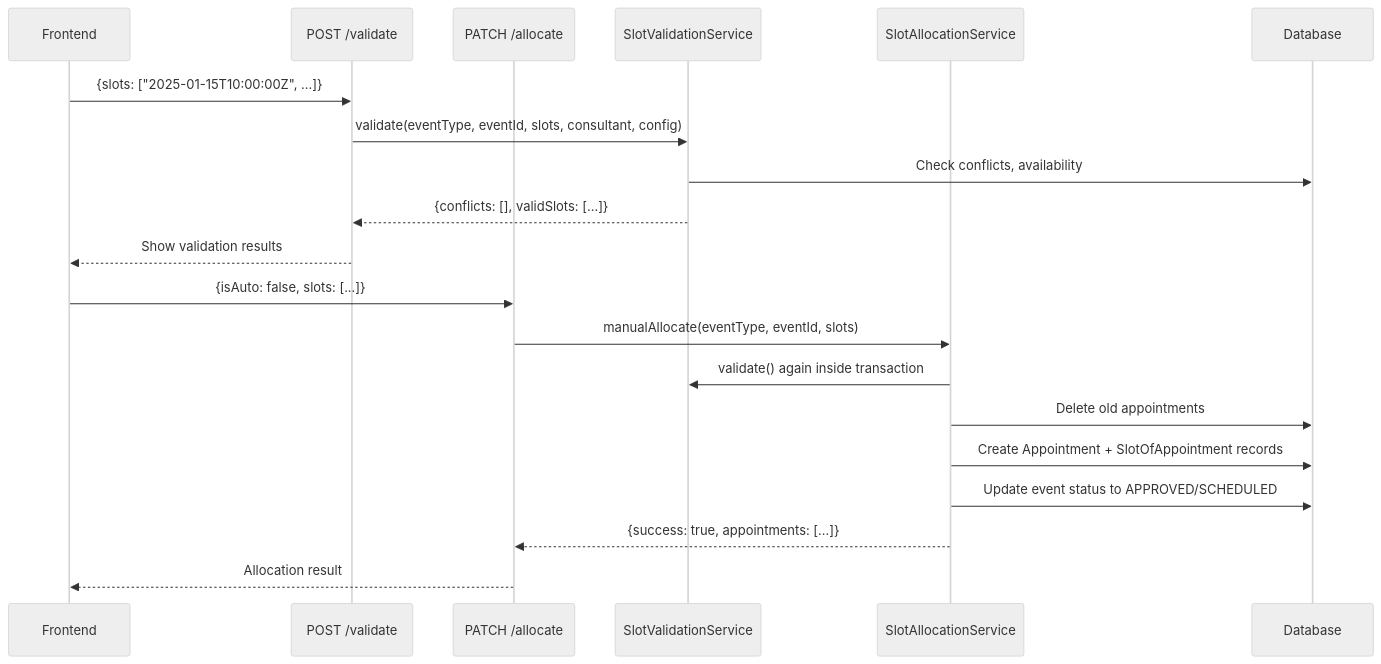
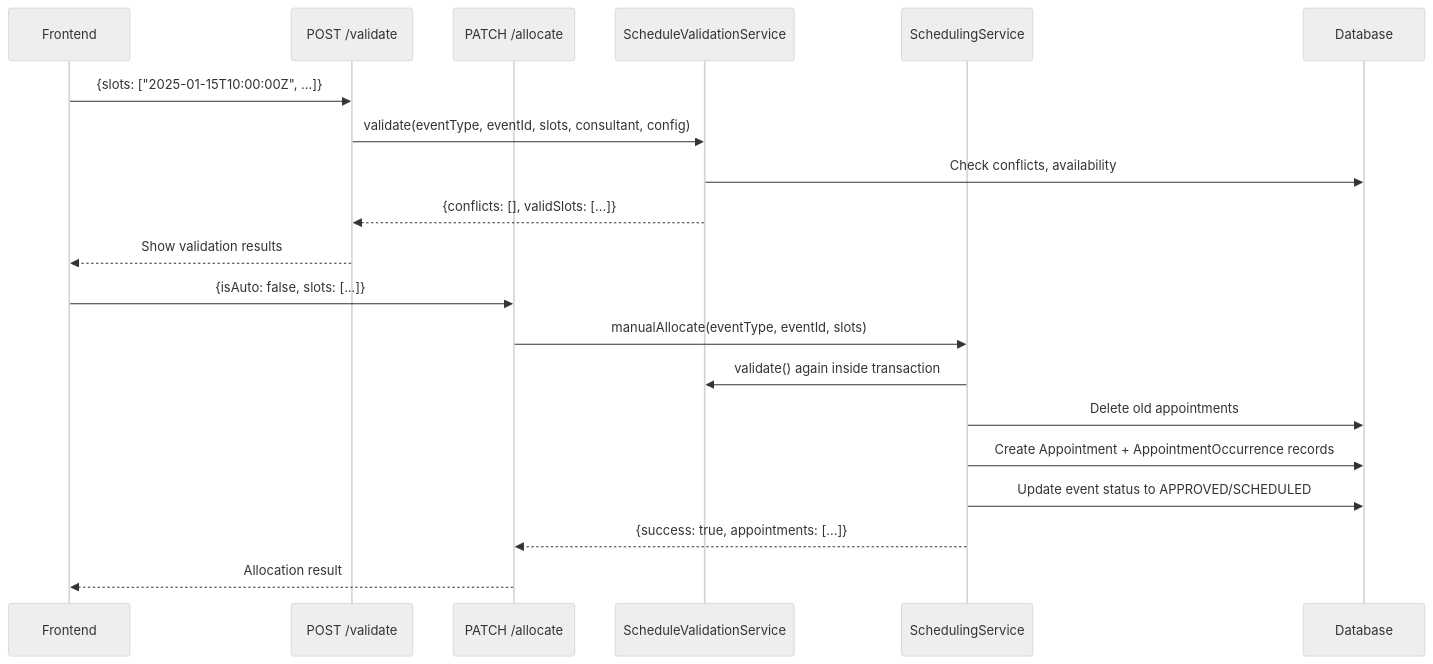
Before and after one commit to Practitionist/familiarise_web: the fourth of 6 diagrams in docs/booking/01-architecture.md, drawn with Mermaid (neutral theme). The commit also changed other lines of this file and 107 other files, not shown here.

Commit message:
docs(vocabulary): the scheduling glossary, booking, feedback, support, stream and review docs speak AppointmentOccurrence, Meeting and Trial (#1554)

````diff
--- a/docs/booking/01-architecture.md
+++ b/docs/booking/01-architecture.md
@@ -230,24 +230,24 @@
 ```mermaid
 sequenceDiagram
     participant UI as Frontend
     participant VA as POST /validate
     participant AL as PATCH /allocate
-    participant SV as SlotValidationService
-    participant SA as SlotAllocationService
+    participant SV as ScheduleValidationService
+    participant SA as SchedulingService
     participant DB as Database
 
     UI->>VA: {slots: ["2025-01-15T10:00:00Z", ...]}
     VA->>SV: validate(eventType, eventId, slots, consultant, config)
     SV->>DB: Check conflicts, availability
     SV-->>VA: {conflicts: [], validSlots: [...]}
     VA-->>UI: Show validation results
 
     UI->>AL: {isAuto: false, slots: [...]}
     AL->>SA: manualAllocate(eventType, eventId, slots)
     SA->>SV: validate() again inside transaction
     SA->>DB: Delete old appointments
-    SA->>DB: Create Appointment + SlotOfAppointment records
+    SA->>DB: Create Appointment + AppointmentOccurrence records
     SA->>DB: Update event status to APPROVED/SCHEDULED
     SA-->>AL: {success: true, appointments: [...]}
     AL-->>UI: Allocation result
 ```
````
